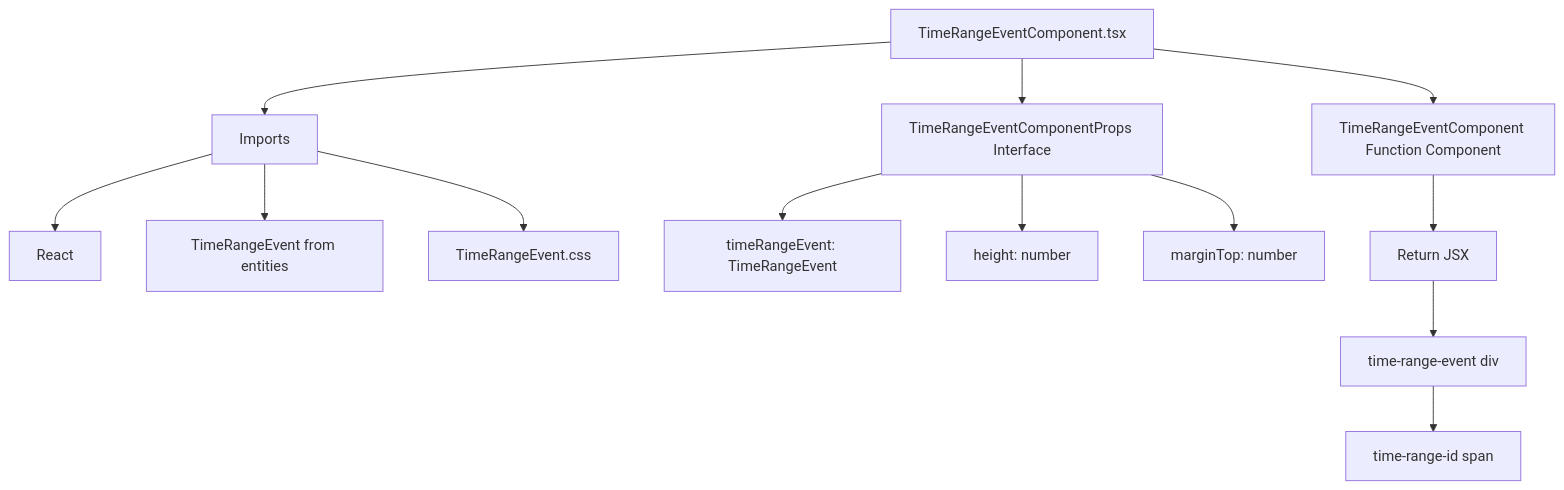
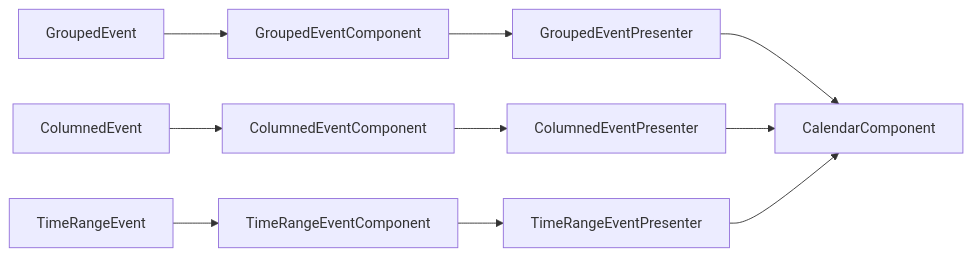
Before and after one commit to Zelcider/planity-test: the diagram in README.md, drawn with Mermaid. The commit also changed other lines of this file and 1 other file, not shown here.

Commit message:
add mermaid flow to readme

````diff
--- a/README.md
+++ b/README.md
@@ -33,15 +20,12 @@
 ```mermaid
-graph TB
-A[TimeRangeEventComponent.tsx] --> B[Imports]
-A --> C[TimeRangeEventComponentProps Interface]
-A --> D[TimeRangeEventComponent Function Component]
-B --> E[React]
-B --> F[TimeRangeEvent from entities]
-B --> G[TimeRangeEvent.css]
-C --> H[timeRangeEvent: TimeRangeEvent]
-C --> I[height: number]
-C --> J[marginTop: number]
-D --> K[Return JSX]
-K --> L[time-range-event div]
-L --> M[time-range-id span]
+graph LR
+    A[GroupedEvent] --> B[GroupedEventComponent]
+    B --> C[GroupedEventPresenter]
+    D[ColumnedEvent] --> E[ColumnedEventComponent]
+    E --> F[ColumnedEventPresenter]
+    G[TimeRangeEvent] --> H[TimeRangeEventComponent]
+    H --> I[TimeRangeEventPresenter]
+    C --> J[CalendarComponent]
+    F --> J
+    I --> J
 ```
````
